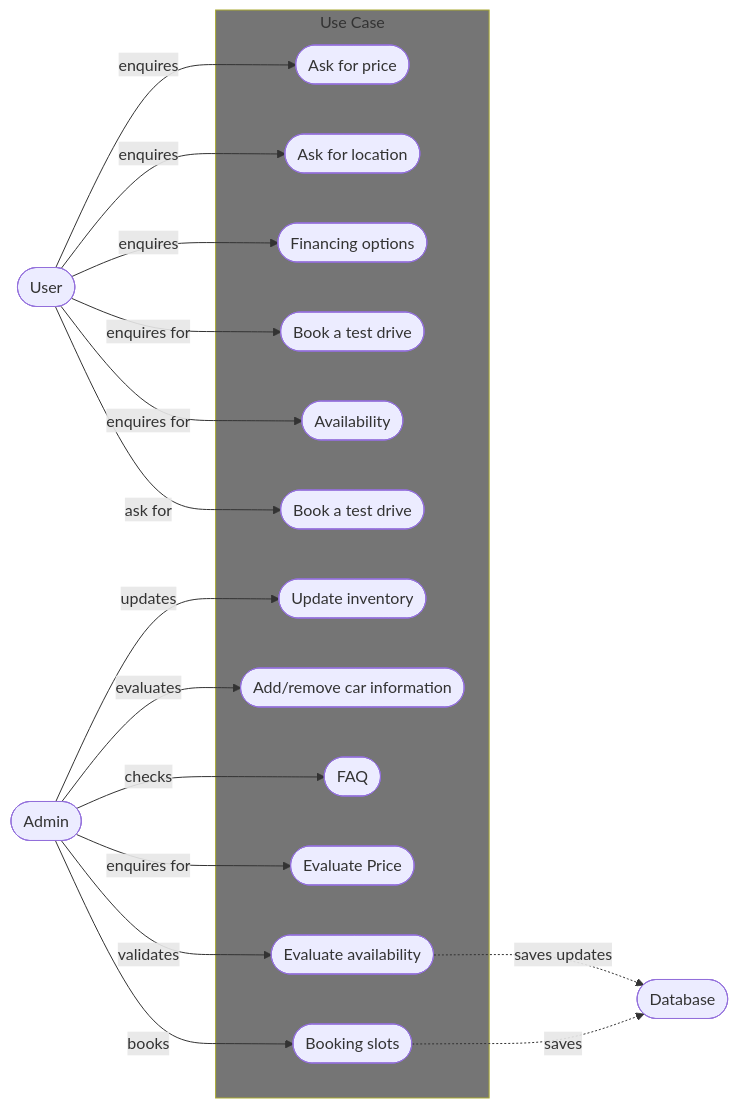
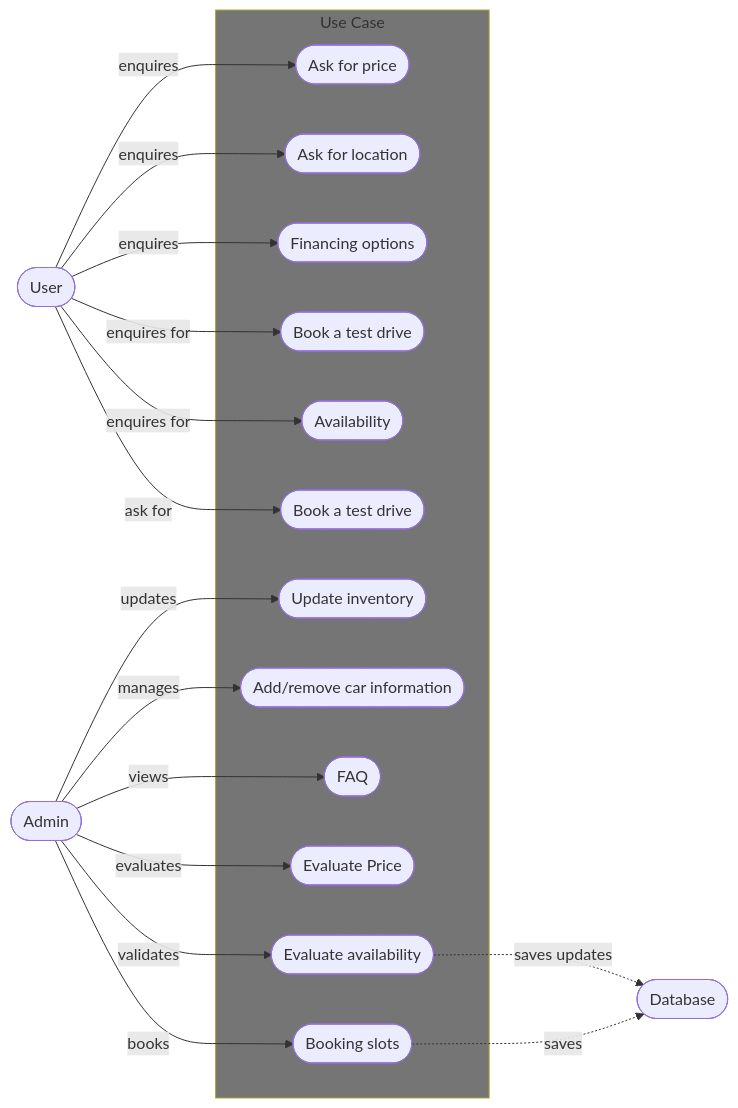
Before and after one commit to AsmaRahim7/Car_Dealership_Chatbot: the diagram in Docs/system-analysis/usecase.mmd, drawn with Mermaid. The commit also changed 2 other files, not shown here.

```diff
--- a/Docs/system-analysis/usecase.mmd
+++ b/Docs/system-analysis/usecase.mmd
@@ -1,28 +1,28 @@
 flowchart LR
  subgraph s1["Use Case"]
         n3(["Ask for price"])
         n4(["Book a test drive"])
         n5(["Update inventory"])
         n6(["Availability"])
         n8(["Book a test drive"])
         n9(["Ask for location"])
         n10(["Financing options"])
         n11(["Add/remove car information"])
         n12(["FAQ"])
         n13(["Evaluate Price"])
         n14(["Evaluate availability"])
         n15(["Booking slots"])
   end
     n1(["User"]) -- enquires --> n3 & n9 & n10
     n1 -- enquires for --> n4 & n6
     n2(["Admin"]) -- updates --> n5
     n1 -- ask for --> n8
-    n2 -- evaluates --> n11
-    n2 -- checks --> n12
-    n2 -- enquires for --> n13
+    n2 -- manages --> n11
+    n2 -- views --> n12
+    n2 -- evaluates --> n13
     n2 -- validates --> n14
     n14 -. saves updates .-> n7(["Database"])
     n2 -- books --> n15
     n15 -. saves .-> n7
 
     style s1 fill:#757575
```
